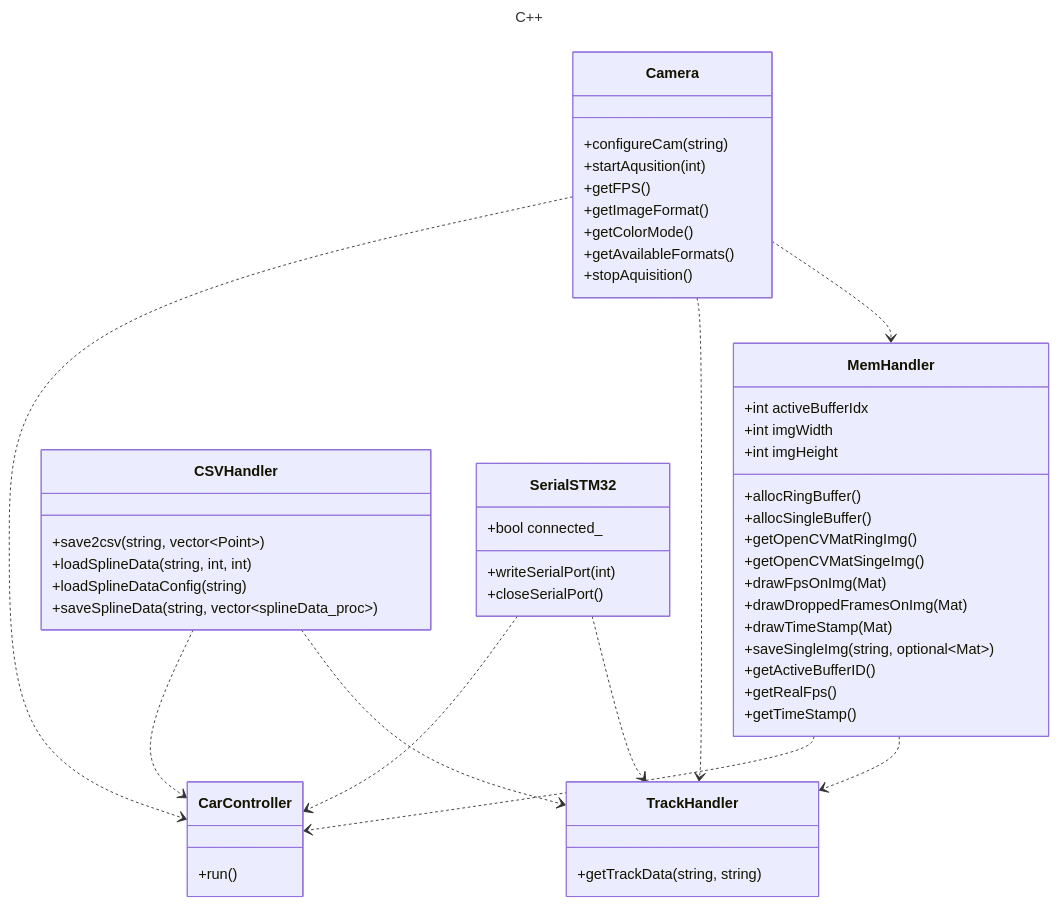
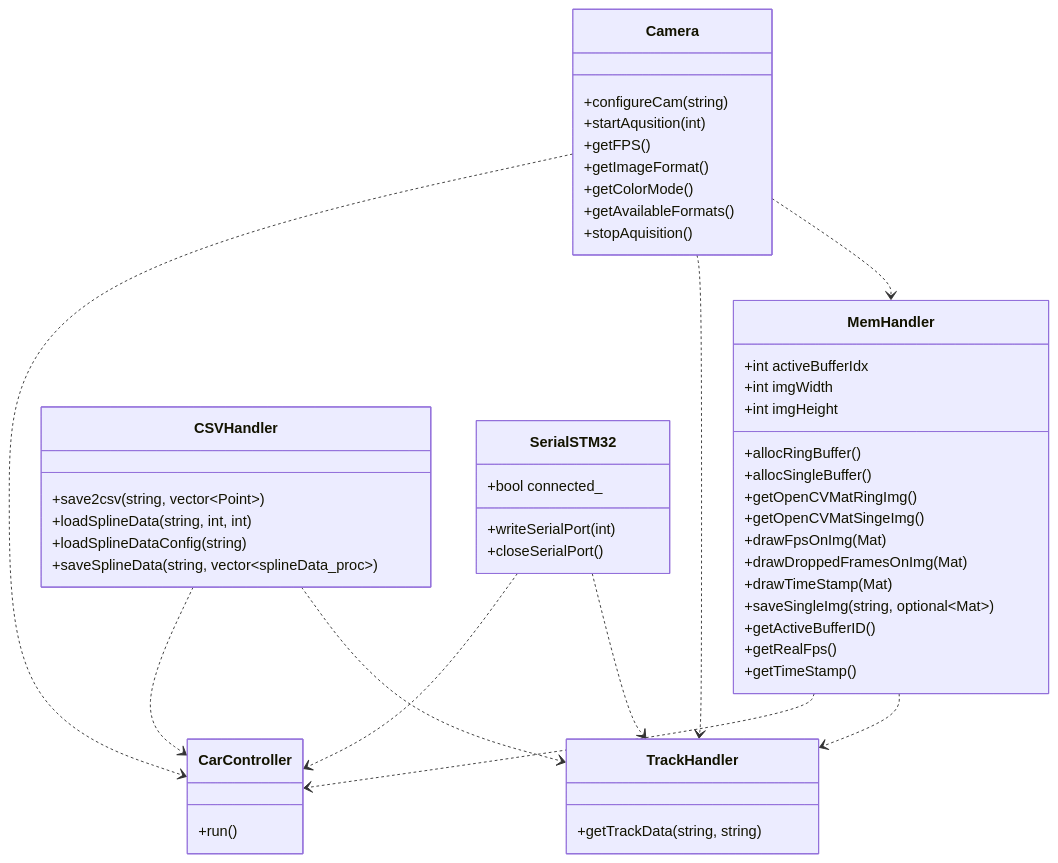
Before and after one commit to FidibusHex45/PHO_Project_EsaveGo_J_Stutz: the first of 2 diagrams in README.md, drawn with Mermaid. The commit also changed other lines of this file and 22 other files, not shown here.

```diff
--- a/README.md
+++ b/README.md
@@ -150,57 +26,54 @@
 ~~~mermaid
----
-title: C++
----
 classDiagram
   Camera ..> MemHandler
   Camera ..> TrackHandler
   Camera ..> CarController
   MemHandler ..> TrackHandler
   MemHandler ..> CarController
   CSVHandler ..> TrackHandler
   CSVHandler ..> CarController
   SerialSTM32 ..> TrackHandler
   SerialSTM32 ..> CarController
   class Camera {
     +configureCam(string)
     +startAqusition(int)
     +getFPS()
     +getImageFormat()
     +getColorMode()
     +getAvailableFormats()
     +stopAquisition()
   }
   class MemHandler {
     +allocRingBuffer()
     +allocSingleBuffer()
     +getOpenCVMatRingImg()
     +getOpenCVMatSingeImg()
     +drawFpsOnImg(Mat)
     +drawDroppedFramesOnImg(Mat)
     +drawTimeStamp(Mat)
     +saveSingleImg(string, optional~Mat~)
     +getActiveBufferID()
     +getRealFps()
     +getTimeStamp()
     +int activeBufferIdx
     +int imgWidth
     +int imgHeight
   }
   class TrackHandler {
     +getTrackData(string, string)
   }
   class CSVHandler {
     +save2csv(string, vector~Point~)
     +loadSplineData(string, int, int)
     +loadSplineDataConfig(string)
     +saveSplineData(string, vector~splineData_proc~)
   }
   class SerialSTM32 {
     +writeSerialPort(int)
     +closeSerialPort()
     +bool connected_
   }
   class CarController {
     +run()
   }
 ~~~
```
